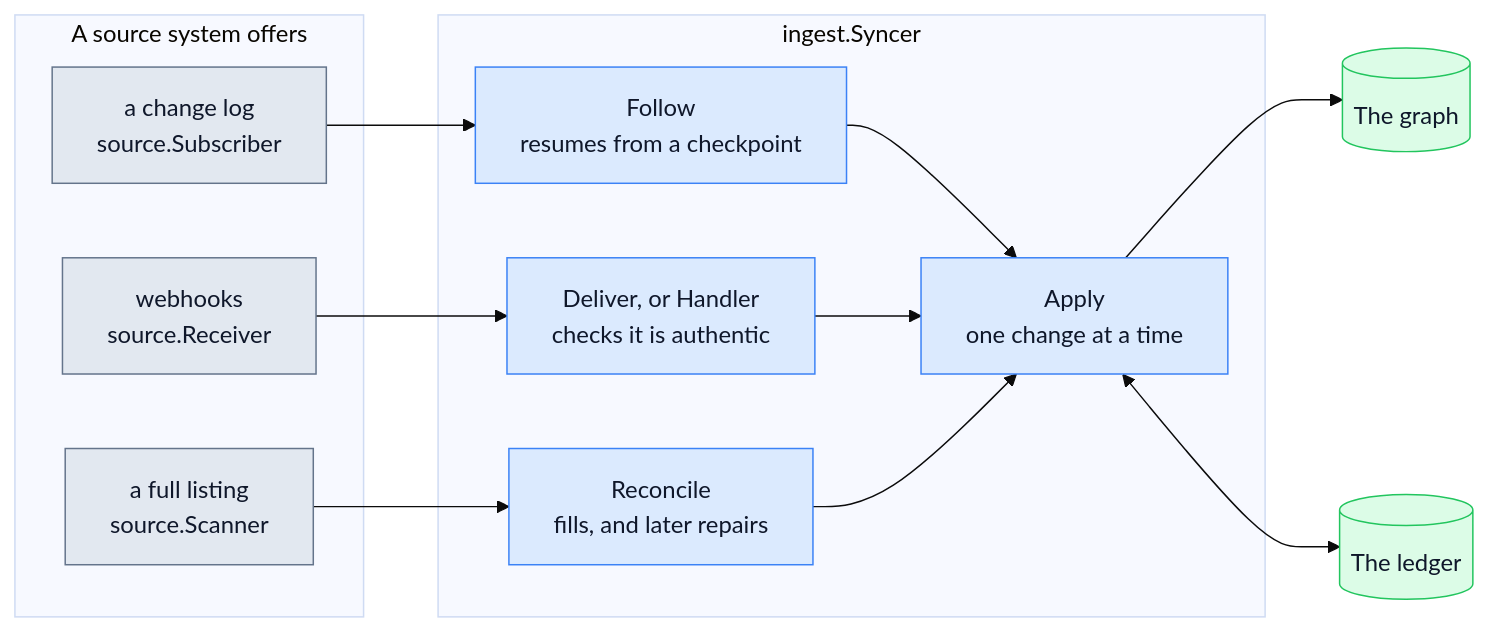
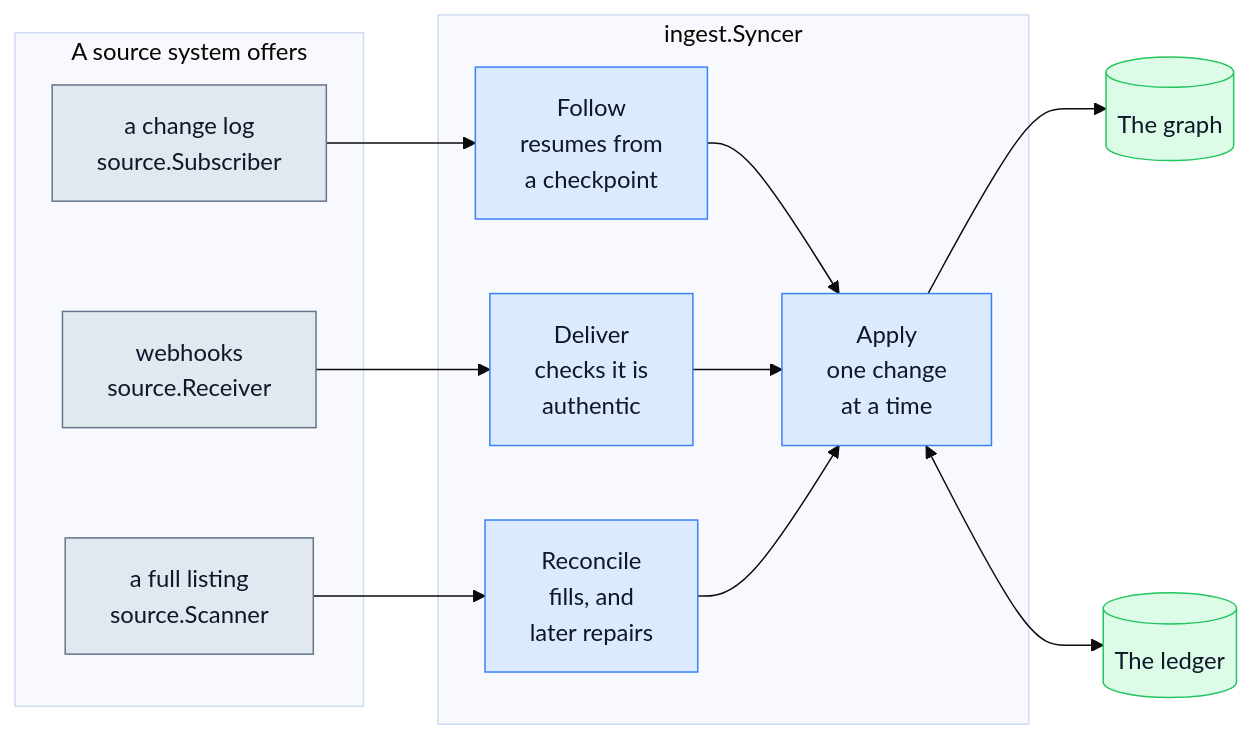
Before and after one commit to umran/grafsol: the third of 7 diagrams in README.md, drawn with Mermaid (base theme). The commit also changed other lines of this file, not shown here.

First line of the commit message:
Fit the README's diagrams to GitHub's Mermaid renderer

````diff
--- a/README.md
+++ b/README.md
@@ -152,28 +156,28 @@
 ```mermaid
 flowchart LR
     subgraph system["A source system offers"]
         log["a change log<br/>source.Subscriber"]:::outside
         push["webhooks<br/>source.Receiver"]:::outside
         listing["a full listing<br/>source.Scanner"]:::outside
     end
 
     subgraph syncer["ingest.Syncer"]
-        follow["Follow<br/>resumes from a checkpoint"]:::code
-        deliver["Deliver, or Handler<br/>checks it is authentic"]:::code
-        reconcile["Reconcile<br/>fills, and later repairs"]:::code
-        apply["Apply<br/>one change at a time"]:::code
+        follow["Follow<br/>resumes from<br/>a checkpoint"]:::code
+        deliver["Deliver<br/>checks it is<br/>authentic"]:::code
+        reconcile["Reconcile<br/>fills, and<br/>later repairs"]:::code
+        apply["Apply<br/>one change<br/>at a time"]:::code
     end
 
     store[("The graph")]:::data
     ledger[("The ledger")]:::data
 
     log --> follow --> apply
     push --> deliver --> apply
     listing --> reconcile --> apply
     apply --> store
     apply <--> ledger
 
     classDef outside fill:#e2e8f0,stroke:#64748b,color:#0f172a
     classDef code fill:#dbeafe,stroke:#3b82f6,color:#0f172a
     classDef data fill:#dcfce7,stroke:#22c55e,color:#0f172a
 ```
````
